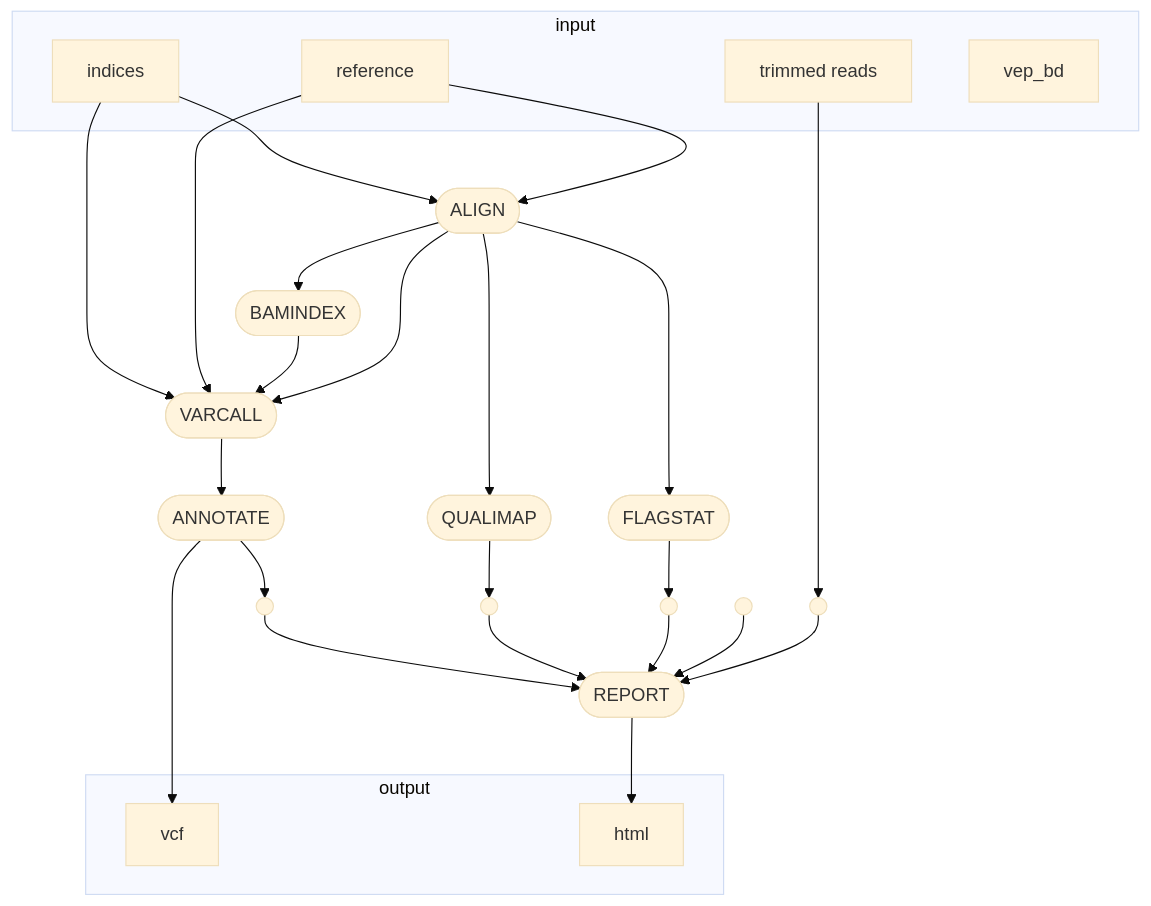
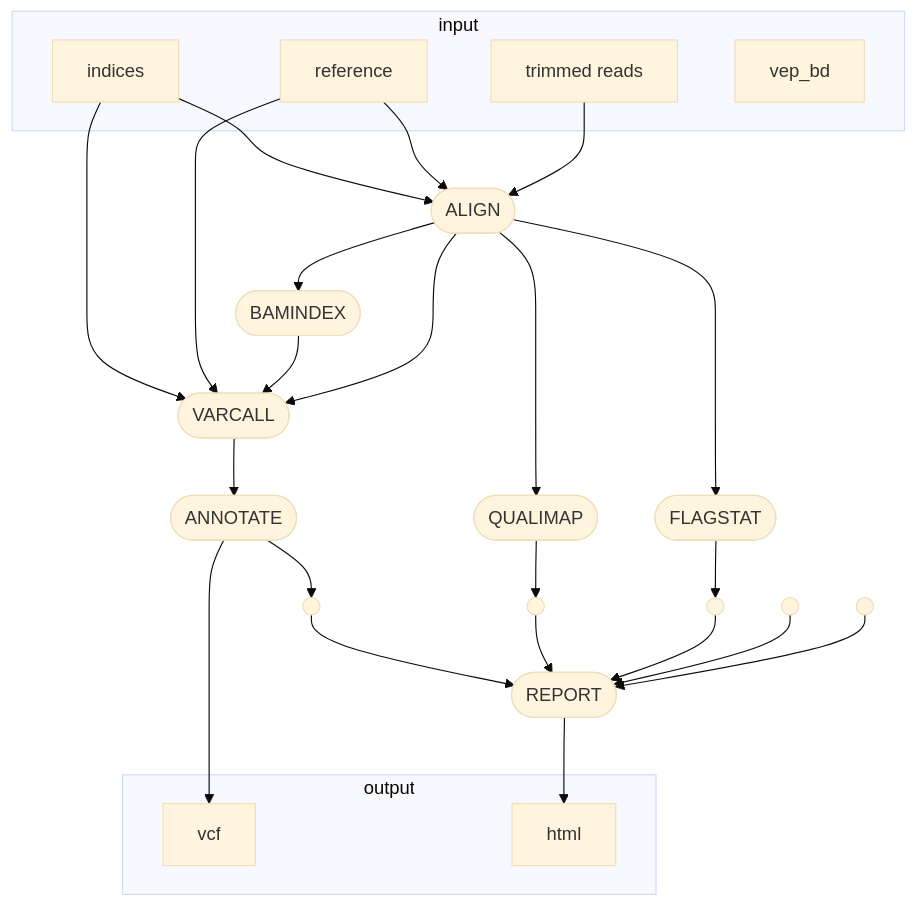
Before and after one commit to glebus-sasha/octopus_nf: the diagram in README.md, drawn with Mermaid.

````diff
--- a/README.md
+++ b/README.md
@@ -5,47 +5,47 @@
 ```mermaid
 %%{init: {'theme':'base'}}%%
 flowchart TB
     subgraph "input"
     v0["trimmed reads"]
     v1["reference"]
     v30["indices"]
     v31["vep_bd"]
     end
     subgraph "output"
     v18["vcf"]
     v25["html"]
     end
     v8([ALIGN])
     v9([FLAGSTAT])
     v10([QUALIMAP])
     v13([BAMINDEX])
     v14([VARCALL])
     v17([ANNOTATE])
     v24([REPORT])
     v19(( ))
     v20(( ))
     v21(( ))
     v22(( ))
     v23(( ))
-    v0 --> v19
+    v0 --> v8
     v1 --> v8
     v30 --> v8
     v8 --> v9
     v8 --> v10
     v8 --> v13
     v8 --> v14
     v9 --> v21
     v10 --> v22
     v13 --> v14
     v1 --> v14
     v14 --> v17
     v17 --> v18
     v17 --> v23
     v19 --> v24
     v20 --> v24
     v30 --> v14
     v21 --> v24
     v22 --> v24
     v23 --> v24
     v24 --> v25
 ```
````
